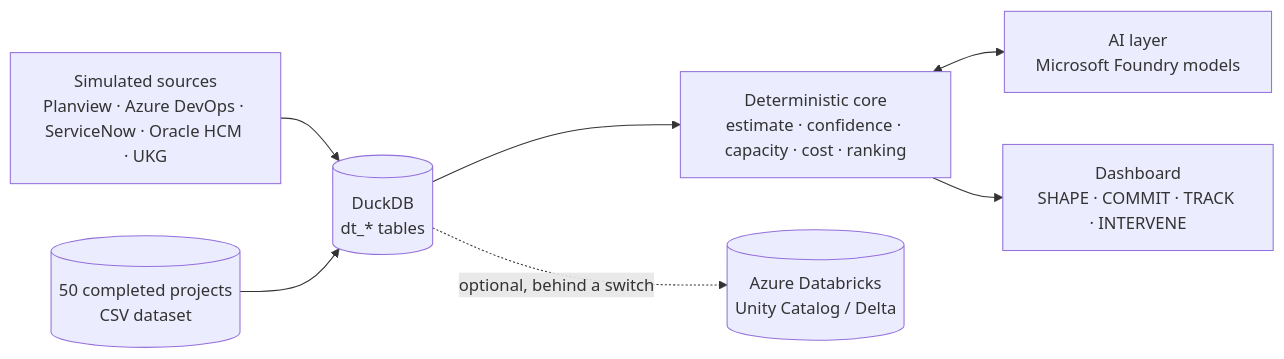
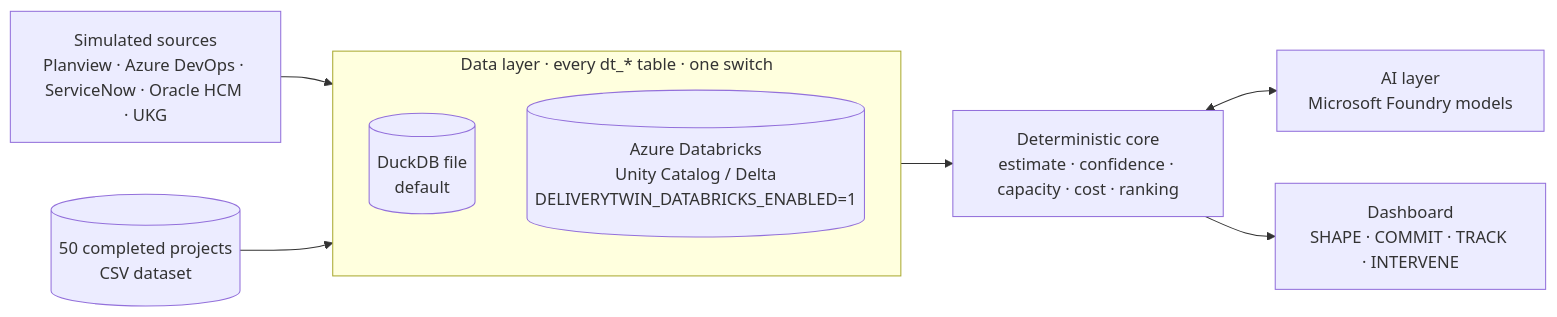
Before and after one commit to mskpairprogrammer/deliverytwin: the diagram in README.md, drawn with Mermaid. The commit also changed other lines of this file and 1 other file, not shown here.

First line of the commit message:
Docs: diagram and describe the all-tables Databricks data layer

````diff
--- a/README.md
+++ b/README.md
@@ -56,9 +56,13 @@
 ```mermaid
 flowchart LR
-    SRC["Simulated sources<br/>Planview · Azure DevOps · ServiceNow · Oracle HCM · UKG"] --> DATA[("DuckDB<br/>dt_* tables")]
+    SRC["Simulated sources<br/>Planview · Azure DevOps · ServiceNow · Oracle HCM · UKG"] --> DATA
     HIST[("50 completed projects<br/>CSV dataset")] --> DATA
+    subgraph DATA["Data layer · every dt_* table · one switch"]
+        direction TB
+        DUCK[("DuckDB file<br/>default")]
+        DBX[("Azure Databricks<br/>Unity Catalog / Delta<br/>DELIVERYTWIN_DATABRICKS_ENABLED=1")]
+    end
     DATA --> CORE["Deterministic core<br/>estimate · confidence · capacity · cost · ranking"]
     CORE <--> AI["AI layer<br/>Microsoft Foundry models"]
     CORE --> UI["Dashboard<br/>SHAPE · COMMIT · TRACK · INTERVENE"]
-    DATA -. "optional, behind a switch" .-> DBX[("Azure Databricks<br/>Unity Catalog / Delta")]
 ```
````
